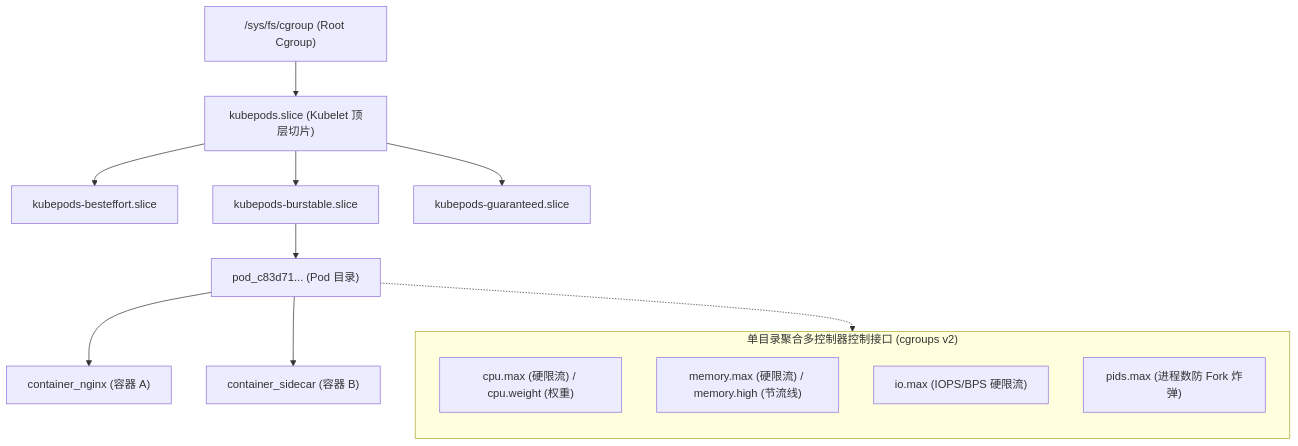
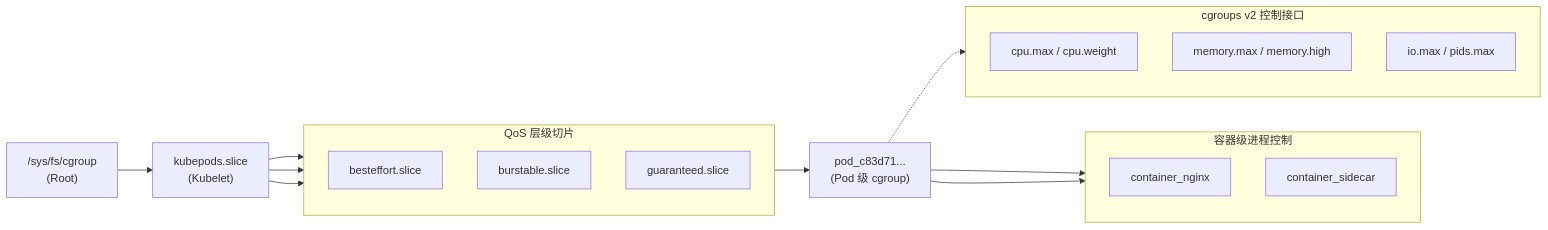
The fourth of 8 diagrams in content/posts/kubernetes-internals/k8s-01-container-namespaces-cgroups-pod-first-principles.md (MoreConsequence/MoreConsequence.github.io), drawn with Mermaid before and after one commit. The commit also changed other lines of this file and 835 other files, not shown here.

First line of the commit message:
feat(blog): 全站33篇新增深度专栏与博文全量审核上线及矢量图表优化

````diff
--- a/content/posts/kubernetes-internals/k8s-01-container-namespaces-cgroups-pod-first-principles.md
+++ b/content/posts/kubernetes-internals/k8s-01-container-namespaces-cgroups-pod-first-principles.md
@@ -200,30 +200,35 @@
 ```mermaid
-flowchart TD
-    Root["/sys/fs/cgroup (Root Cgroup)"]
-    Kubelet["kubepods.slice (Kubelet 顶层切片)"]
-    BestEffort["kubepods-besteffort.slice"]
-    Burstable["kubepods-burstable.slice"]
-    Guaranteed["kubepods-guaranteed.slice"]
-    
-    Pod1["pod_c83d71... (Pod 目录)"]
-    Cont1["container_nginx (容器 A)"]
-    Cont2["container_sidecar (容器 B)"]
+flowchart LR
+    Root["/sys/fs/cgroup<br/>(Root)"] --> Kubelet["kubepods.slice<br/>(Kubelet)"]
 
-    Root --> Kubelet
+    subgraph QoS["QoS 层级切片"]
+        direction TB
+        BestEffort["besteffort.slice"]
+        Burstable["burstable.slice"]
+        Guaranteed["guaranteed.slice"]
+    end
+
     Kubelet --> BestEffort
     Kubelet --> Burstable
     Kubelet --> Guaranteed
-    Burstable --> Pod1
+
+    Burstable --> Pod1["pod_c83d71...<br/>(Pod 级 cgroup)"]
+
+    subgraph Containers["容器级进程控制"]
+        direction TB
+        Cont1["container_nginx"]
+        Cont2["container_sidecar"]
+    end
+
     Pod1 --> Cont1
     Pod1 --> Cont2
 
-    subgraph Controllers["单目录聚合多控制器控制接口 (cgroups v2)"]
+    subgraph Controllers["cgroups v2 控制接口"]
         direction TB
-        c1["cpu.max (硬限流) / cpu.weight (权重)"]
-        c2["memory.max (硬限流) / memory.high (节流线)"]
-        c3["io.max (IOPS/BPS 硬限流)"]
-        c4["pids.max (进程数防 Fork 炸弹)"]
+        c1["cpu.max / cpu.weight"]
+        c2["memory.max / memory.high"]
+        c3["io.max / pids.max"]
     end
 
     Pod1 -.-> Controllers
 ```
````
